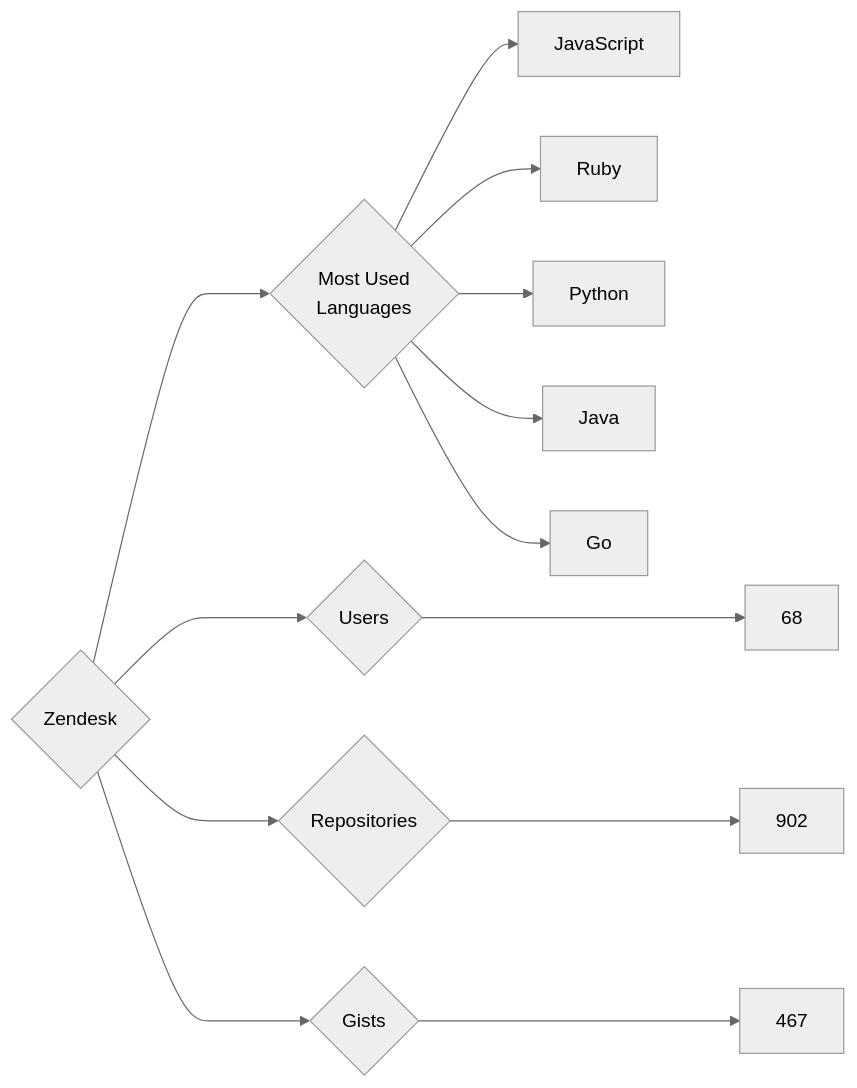
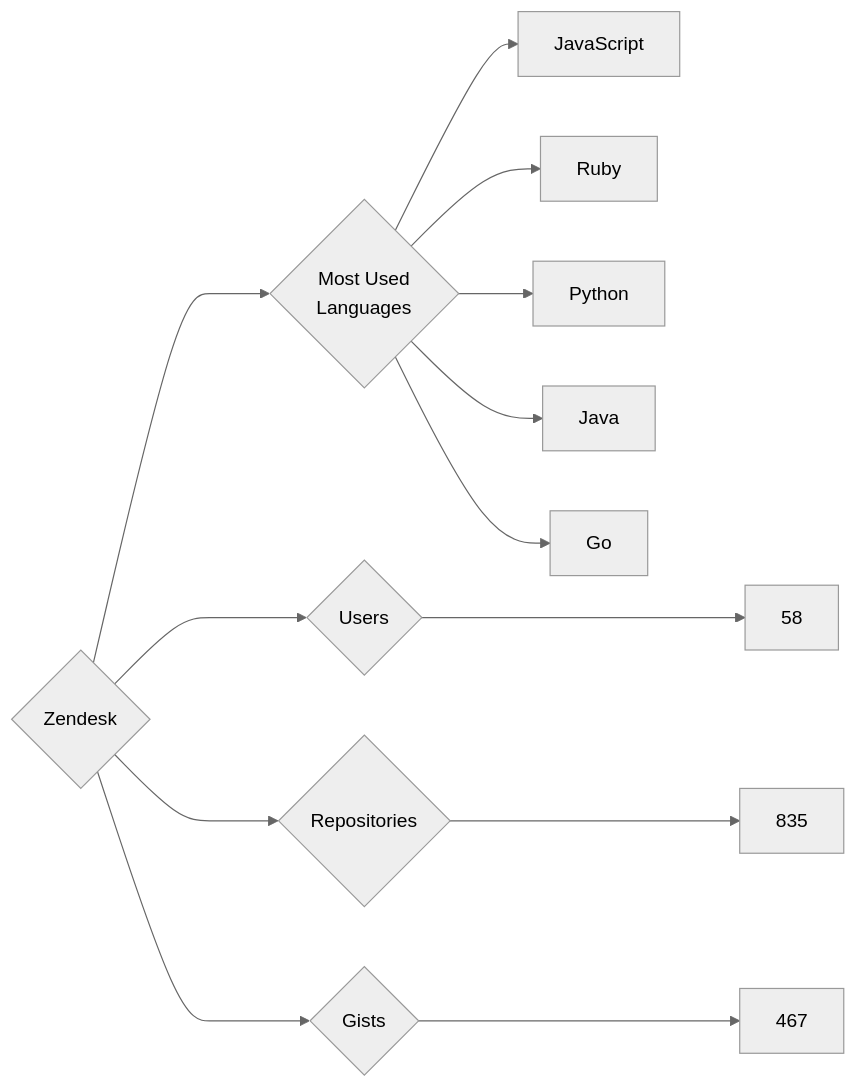
Before and after one commit to trickest/insiders: the diagram in targets/Zendesk/README.md, drawn with Mermaid (neutral theme). The commit also changed 823 other files, not shown here.

````diff
--- a/targets/Zendesk/README.md
+++ b/targets/Zendesk/README.md
@@ -3,13 +3,13 @@
 ```mermaid
 graph LR
 COMPANY_NAME{Zendesk}
-COMPANY_NAME ---> U{Users} ---> UN[68]
-COMPANY_NAME ---> R{Repositories} ---> RN[902]
+COMPANY_NAME ---> U{Users} ---> UN[58]
+COMPANY_NAME ---> R{Repositories} ---> RN[835]
 COMPANY_NAME ---> G{Gists} ---> GN[467]
 COMPANY_NAME ---> ML{Most Used<br>Languages}
 ML --> JavaScript[JavaScript]
 ML --> Ruby[Ruby]
 ML --> Python[Python]
 ML --> Java[Java]
 ML --> Go[Go]
 ```
````
